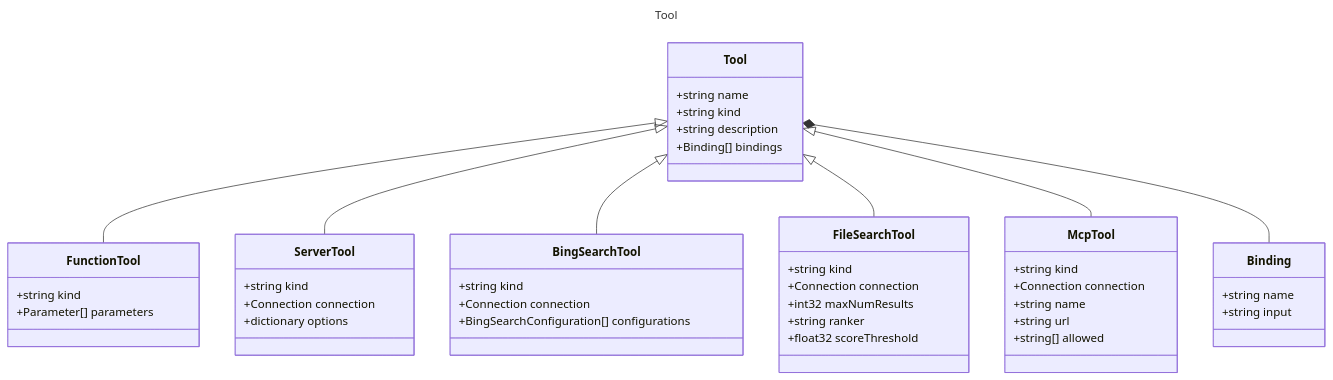
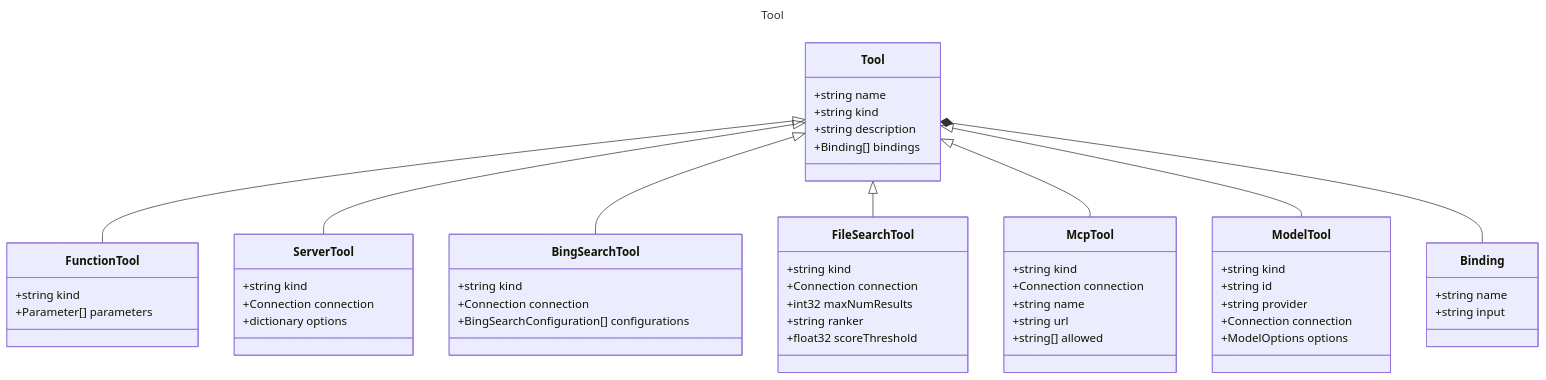
One commit to microsoft/prompty changed the diagram in specification/prompty/docs/Tool.md. Above: the diagram before and after it, drawn with Mermaid. The commit also changed other lines of this file and 20 other files, not shown here.

Commit message:
added prompty container and model tool

````diff
--- a/specification/prompty/docs/Tool.md
+++ b/specification/prompty/docs/Tool.md
@@ -7,50 +7,58 @@
 ```mermaid
 ---
 title: Tool
 ---
 classDiagram
     class Tool {
         +string name
         +string kind
         +string description
         +Binding[] bindings
     }
     class FunctionTool {
         +string kind
         +Parameter[] parameters
     }
     Tool <|-- FunctionTool
     class ServerTool {
         +string kind
         +Connection connection
         +dictionary options
     }
     Tool <|-- ServerTool
     class BingSearchTool {
         +string kind
         +Connection connection
         +BingSearchConfiguration[] configurations
     }
     Tool <|-- BingSearchTool
     class FileSearchTool {
         +string kind
         +Connection connection
         +int32 maxNumResults
         +string ranker
         +float32 scoreThreshold
     }
     Tool <|-- FileSearchTool
     class McpTool {
         +string kind
         +Connection connection
         +string name
         +string url
         +string[] allowed
     }
     Tool <|-- McpTool
+    class ModelTool {
+        +string kind
+        +string id
+        +string provider
+        +Connection connection
+        +ModelOptions options
+    }
+    Tool <|-- ModelTool
     class Binding {
         +string name
         +string input
     }
     Tool *-- Binding
 ```
````
